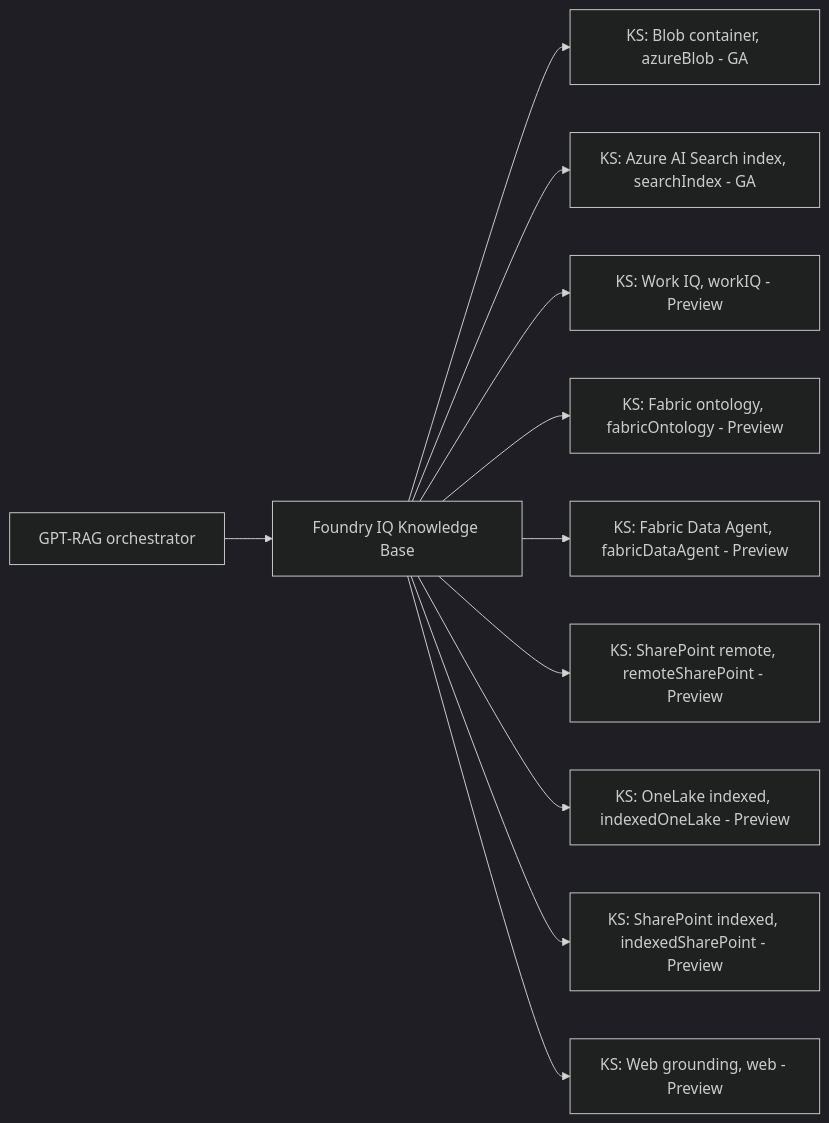
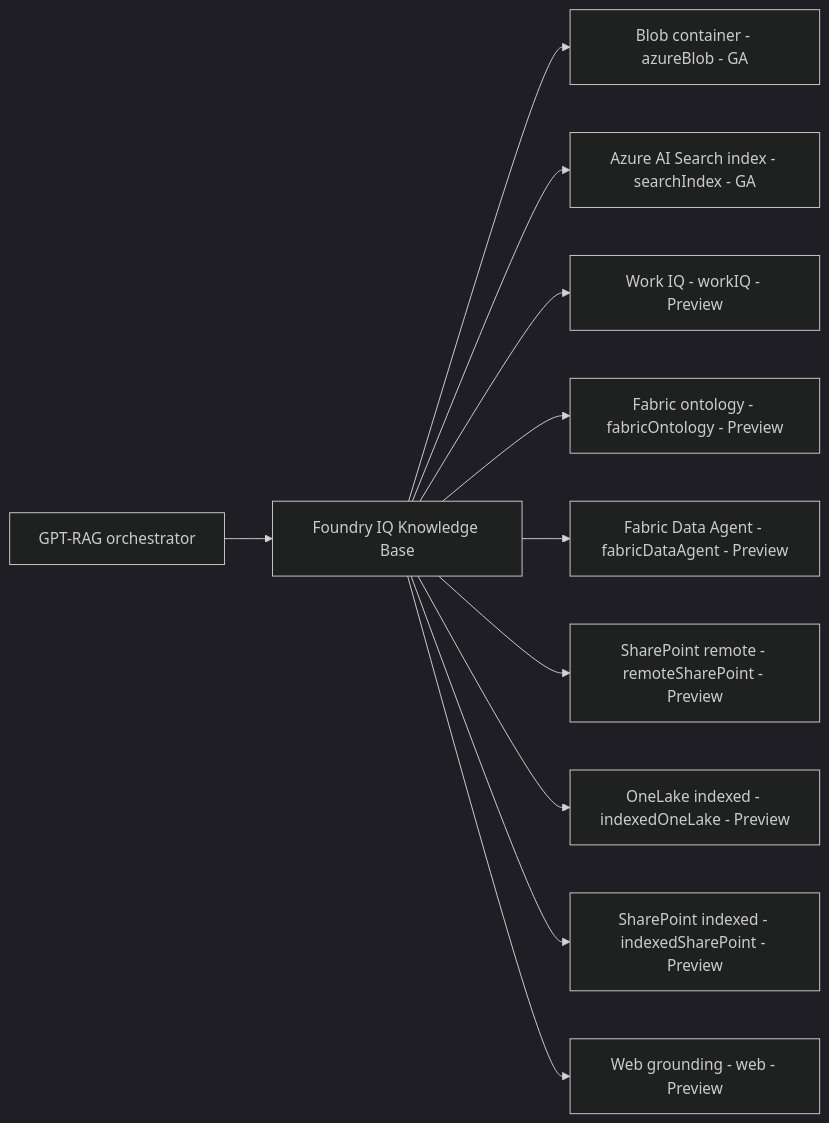
Before and after one commit to Azure/GPT-RAG: the diagram in docs/howto_grounding_overview.md, drawn with Mermaid (dark theme). The commit also changed other lines of this file, not shown here.

First line of the commit message:
docs: polish grounding overview for professional first-class typography

````diff
--- a/docs/howto_grounding_overview.md
+++ b/docs/howto_grounding_overview.md
@@ -118,13 +70,13 @@
 ```mermaid
 flowchart LR
   O[GPT-RAG orchestrator] --> KB[Foundry IQ Knowledge Base]
-  KB --> KS1[KS: Blob container, azureBlob - GA]
-  KB --> KS2[KS: Azure AI Search index, searchIndex - GA]
-  KB --> KS3[KS: Work IQ, workIQ - Preview]
-  KB --> KS4[KS: Fabric ontology, fabricOntology - Preview]
-  KB --> KS5[KS: Fabric Data Agent, fabricDataAgent - Preview]
-  KB --> KS6[KS: SharePoint remote, remoteSharePoint - Preview]
-  KB --> KS7[KS: OneLake indexed, indexedOneLake - Preview]
-  KB --> KS8[KS: SharePoint indexed, indexedSharePoint - Preview]
-  KB --> KS9[KS: Web grounding, web - Preview]
+  KB --> KS1[Blob container - azureBlob - GA]
+  KB --> KS2[Azure AI Search index - searchIndex - GA]
+  KB --> KS3[Work IQ - workIQ - Preview]
+  KB --> KS4[Fabric ontology - fabricOntology - Preview]
+  KB --> KS5[Fabric Data Agent - fabricDataAgent - Preview]
+  KB --> KS6[SharePoint remote - remoteSharePoint - Preview]
+  KB --> KS7[OneLake indexed - indexedOneLake - Preview]
+  KB --> KS8[SharePoint indexed - indexedSharePoint - Preview]
+  KB --> KS9[Web grounding - web - Preview]
 ```
````
